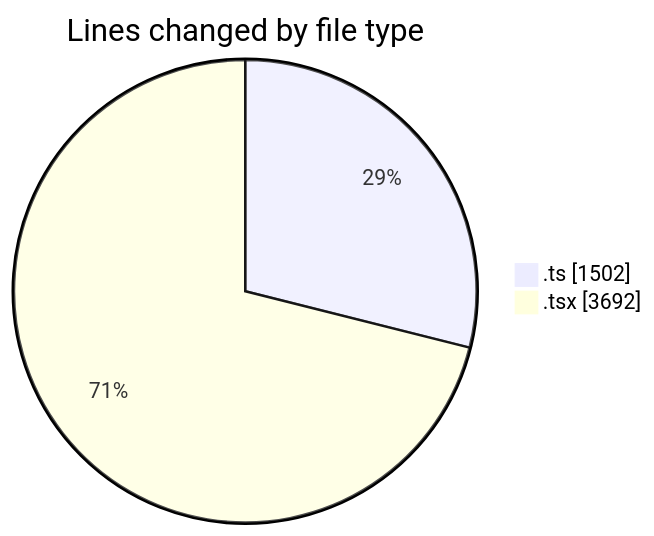
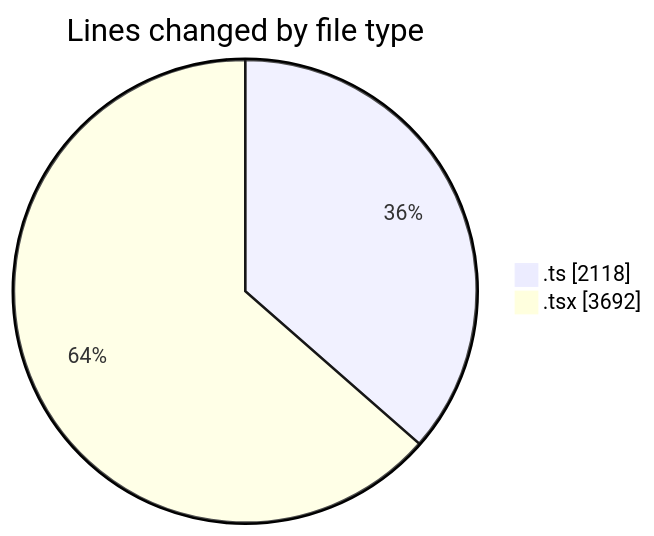
One commit to nxtqubesakshisongat/code-tracking changed the first of 2 diagrams in 2026-05-04/nxtqube_webapp/README.md. Above: the diagram before and after it, drawn with Mermaid. The commit also changed other lines of this file and 1 other file, not shown here.

````diff
--- a/2026-05-04/nxtqube_webapp/README.md
+++ b/2026-05-04/nxtqube_webapp/README.md
@@ -29,6 +30,6 @@
 ```mermaid
 pie showData
 title Lines changed by file type
-".ts" : 1502
+".ts" : 2118
 ".tsx" : 3692
 ```
````
